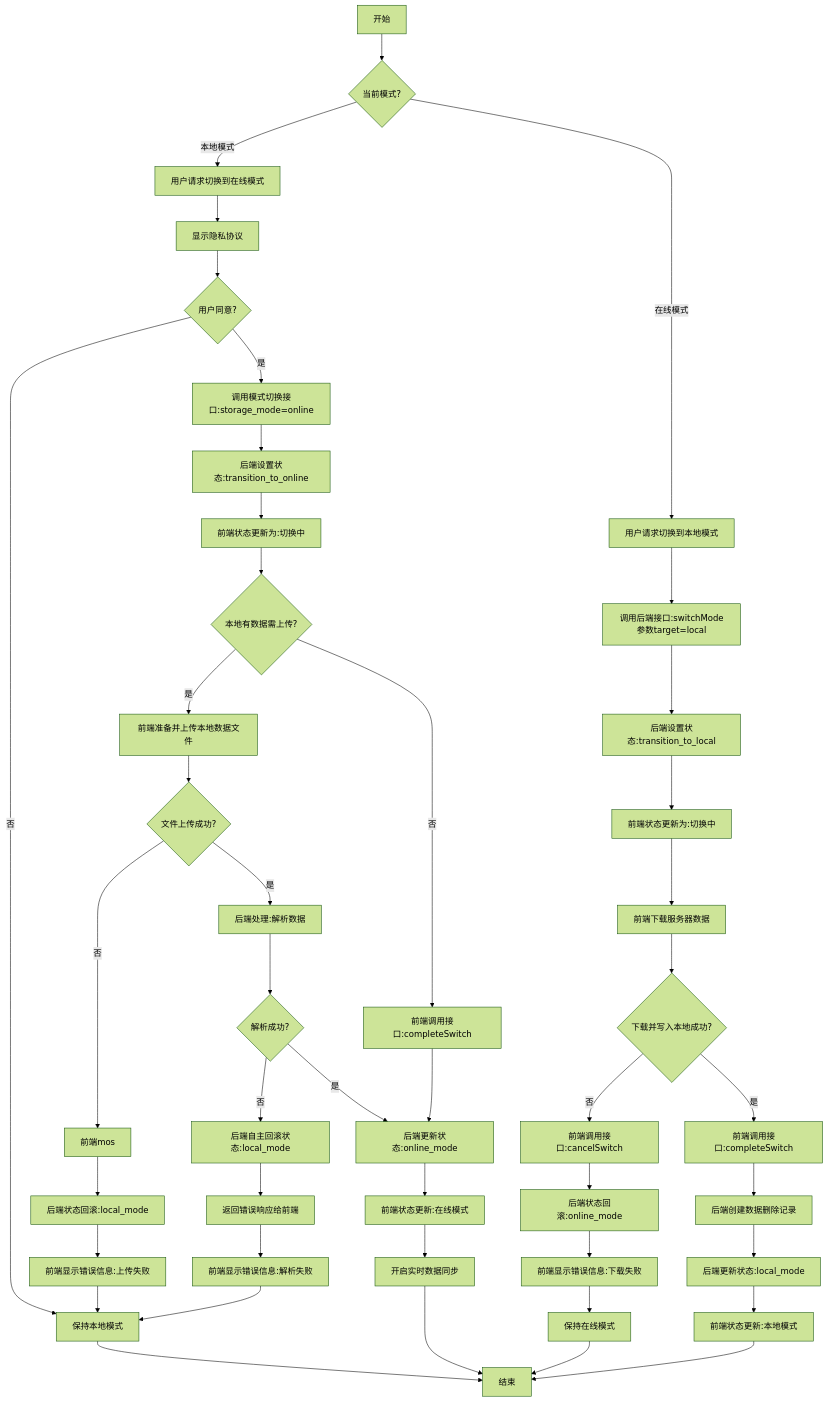
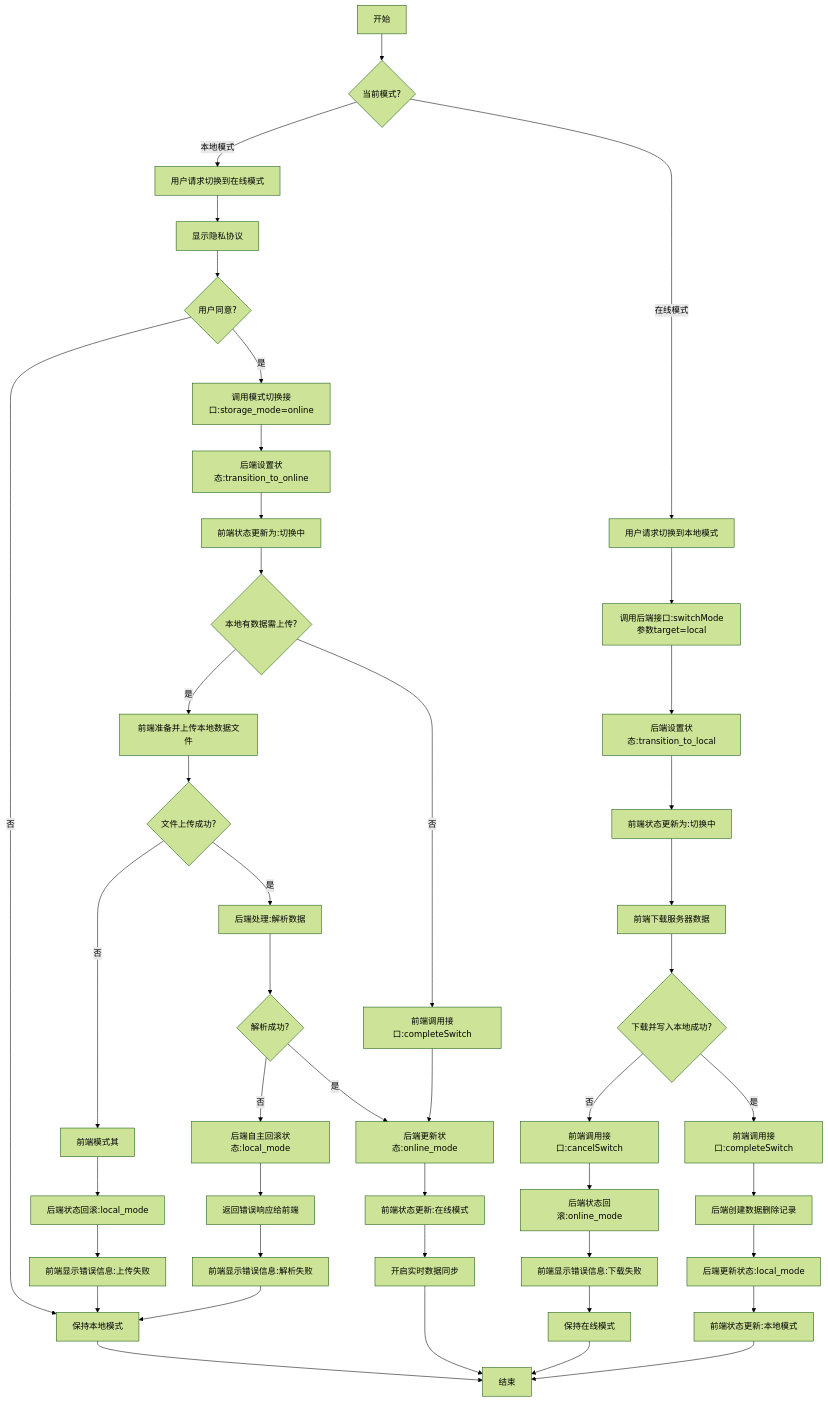
One commit to yingjianzh/iodraw-files changed the diagram in all/未命名-58.md. Above: the diagram before and after it, drawn with Mermaid (forest theme).

Commit message:
2025-05-14 10:43:39 update

````diff
--- a/all/未命名-58.md
+++ b/all/未命名-58.md
@@ -1,68 +1,68 @@
 ```mermaid
 flowchart TD
     A[开始] --> B{当前模式?}
     
     %% 本地模式转在线模式
     B -->|本地模式| C[用户请求切换到在线模式]
     C --> D[显示隐私协议]
     D --> E{用户同意?}
 
     E -->|否| F[保持本地模式]
     F --> Z[结束]
     
     E -->|是| G[调用模式切换接口:storage_mode=online]
     G --> H[后端设置状态:transition_to_online]
     H --> I[前端状态更新为:切换中]
     
     I --> J{本地有数据需上传?}
     
     %% 有本地数据需上传的情况
     J -->|是| K[前端准备并上传本地数据文件]
     K --> L{文件上传成功?}
     
     %% 上传失败的情况
-    L -->|否| M[前端mos]
+    L -->|否| M[前端模式其]
     M --> N[后端状态回滚:local_mode]
     N --> O[前端显示错误信息:上传失败]
     O --> F
     
     %% 上传成功但解析失败的情况
     L -->|是| P[后端处理:解析数据]
     P --> Q{解析成功?}
     Q -->|否| R[后端自主回滚状态:local_mode]
     R --> S[返回错误响应给前端]
     S --> T[前端显示错误信息:解析失败]
     T --> F
     
     %% 全部成功的情况
     Q -->|是| U[后端更新状态:online_mode]
     J -->|否| V[前端调用接口:completeSwitch]
     V --> U
     
     U --> W[前端状态更新:在线模式]
     W --> X[开启实时数据同步]
     X --> Z
     
     %% 在线模式转本地模式
     B -->|在线模式| AA[用户请求切换到本地模式]
     AA --> AB[调用后端接口:switchMode参数target=local]
     AB --> AC[后端设置状态:transition_to_local]
     AC --> AD[前端状态更新为:切换中]
     
     AD --> AE[前端下载服务器数据]
     AE --> AF{下载并写入本地成功?}
     
     %% 下载失败的情况
     AF -->|否| AG[前端调用接口:cancelSwitch]
     AG --> AH[后端状态回滚:online_mode]
     AH --> AI[前端显示错误信息:下载失败]
     AI --> AJ[保持在线模式]
     AJ --> Z
     
     %% 下载成功的情况
     AF -->|是| AK[前端调用接口:completeSwitch]
     AK --> AL[后端创建数据删除记录]
     AL --> AM[后端更新状态:local_mode]
     AM --> AN[前端状态更新:本地模式]
     AN --> Z
 ```
````
